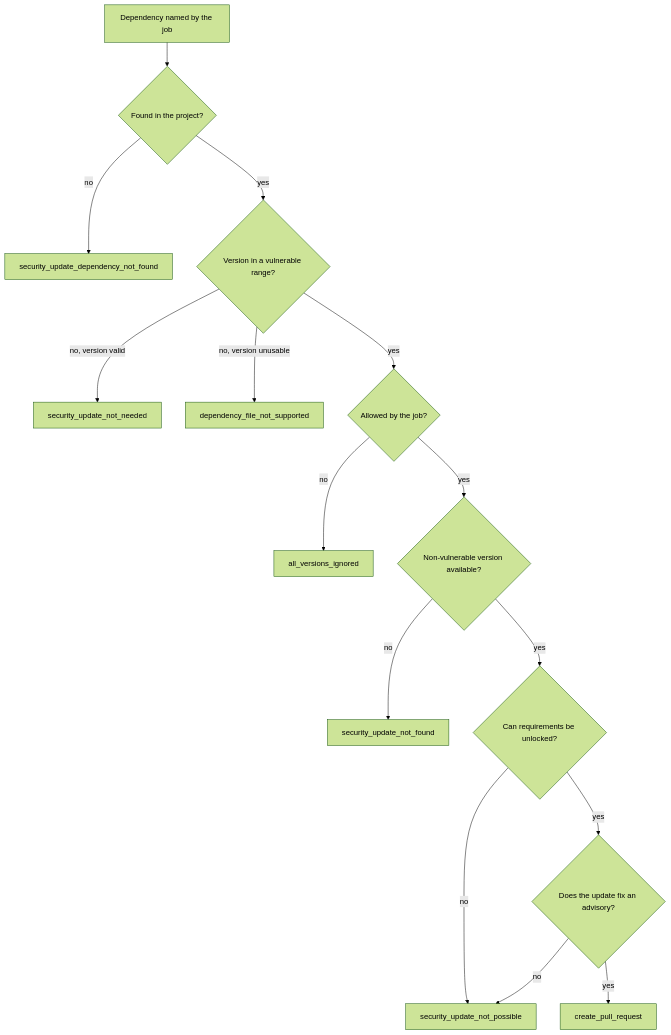
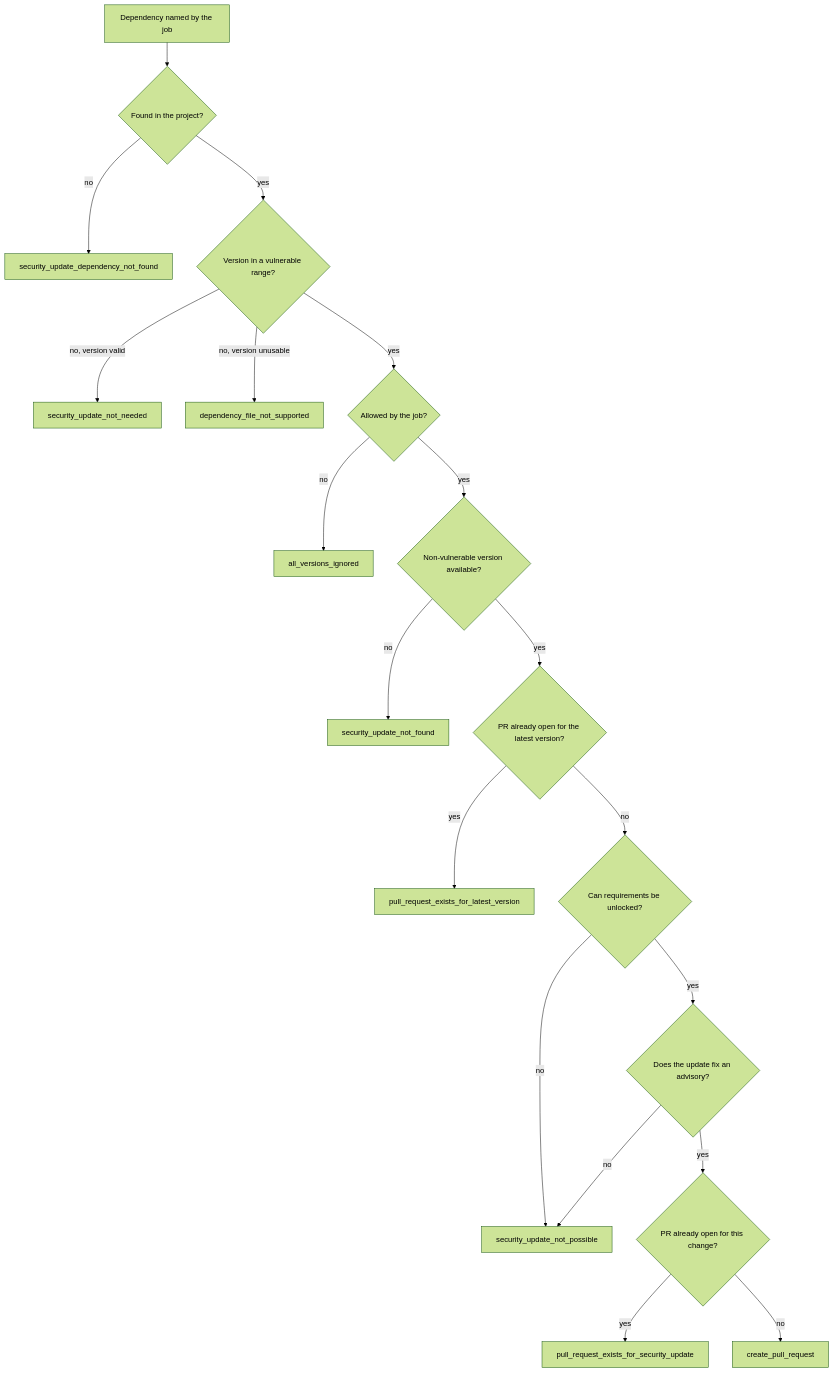
The third of 4 diagrams in _posts/2026-11-05-how-github-dependabot-works.md (rya-sge/access-denied), drawn with Mermaid (forest theme) before and after one commit. The commit also changed other lines of this file and 24 other files, not shown here.

````diff
--- a/_posts/2026-11-05-how-github-dependabot-works.md
+++ b/_posts/2026-11-05-how-github-dependabot-works.md
@@ -235,17 +252,21 @@
 ```mermaid
 flowchart TD
     A["Dependency named by the job"] --> B{"Found in the project?"}
     B -->|"no"| E1["security_update_dependency_not_found"]
     B -->|"yes"| C{"Version in a vulnerable range?"}
     C -->|"no, version valid"| E2["security_update_not_needed"]
     C -->|"no, version unusable"| E3["dependency_file_not_supported"]
     C -->|"yes"| D{"Allowed by the job?"}
     D -->|"no"| E4["all_versions_ignored"]
     D -->|"yes"| F{"Non-vulnerable version available?"}
     F -->|"no"| E5["security_update_not_found"]
-    F -->|"yes"| G{"Can requirements be unlocked?"}
+    F -->|"yes"| P1{"PR already open for the latest version?"}
+    P1 -->|"yes"| E7["pull_request_exists_for_latest_version"]
+    P1 -->|"no"| G{"Can requirements be unlocked?"}
     G -->|"no"| E6["security_update_not_possible"]
     G -->|"yes"| H{"Does the update fix an advisory?"}
     H -->|"no"| E6
-    H -->|"yes"| I["create_pull_request"]
+    H -->|"yes"| P2{"PR already open for this change?"}
+    P2 -->|"yes"| E8["pull_request_exists_for_security_update"]
+    P2 -->|"no"| I["create_pull_request"]
 ```
````
